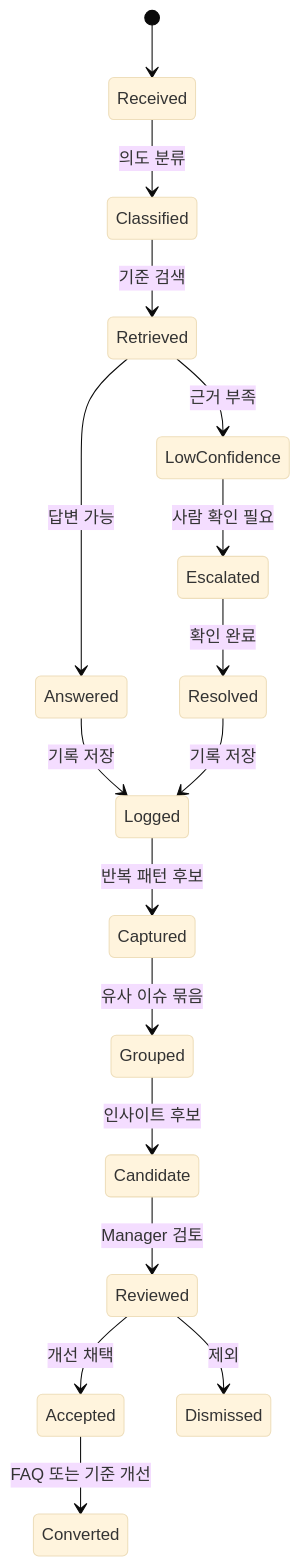
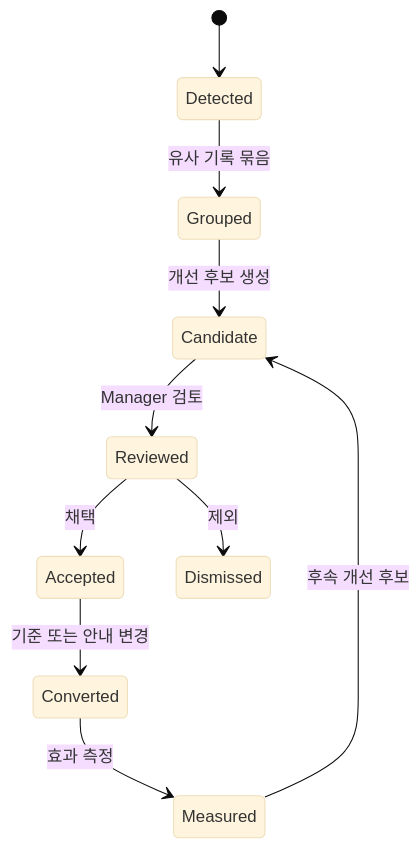
The third of 3 diagrams in docs/03-data-lifecycle.md (ewoooo/living-brand-system), drawn with Mermaid (base theme) before and after one commit. The commit also changed other lines of this file, not shown here.

````diff
--- a/docs/03-data-lifecycle.md
+++ b/docs/03-data-lifecycle.md
@@ -200,19 +179,12 @@
 ```mermaid
 stateDiagram-v2
-  [*] --> Received
-  Received --> Classified: 의도 분류
-  Classified --> Retrieved: 기준 검색
-  Retrieved --> Answered: 답변 가능
-  Retrieved --> LowConfidence: 근거 부족
-  LowConfidence --> Escalated: 사람 확인 필요
-  Answered --> Logged: 기록 저장
-  Escalated --> Resolved: 확인 완료
-  Resolved --> Logged: 기록 저장
-  Logged --> Captured: 반복 패턴 후보
-  Captured --> Grouped: 유사 이슈 묶음
-  Grouped --> Candidate: 인사이트 후보
+  [*] --> Detected
+  Detected --> Grouped: 유사 기록 묶음
+  Grouped --> Candidate: 개선 후보 생성
   Candidate --> Reviewed: Manager 검토
-  Reviewed --> Accepted: 개선 채택
+  Reviewed --> Accepted: 채택
   Reviewed --> Dismissed: 제외
-  Accepted --> Converted: FAQ 또는 기준 개선
+  Accepted --> Converted: 기준 또는 안내 변경
+  Converted --> Measured: 효과 측정
+  Measured --> Candidate: 후속 개선 후보
 ```
````
